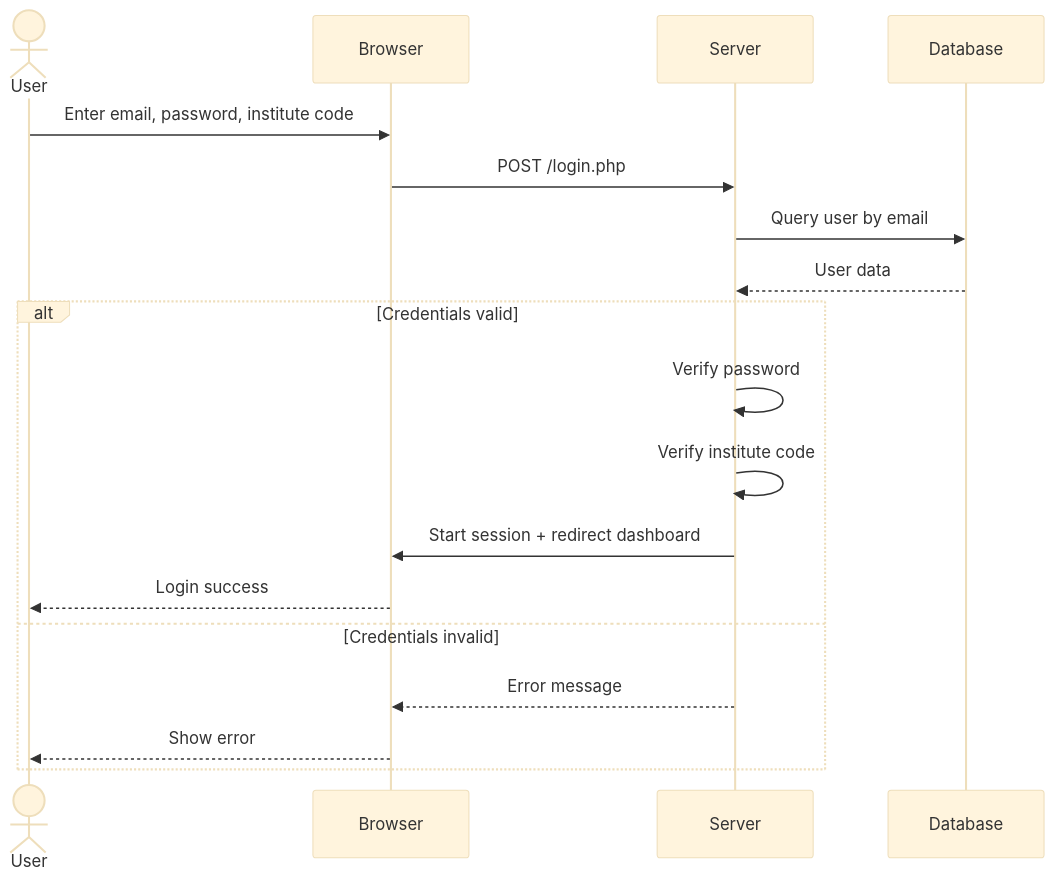
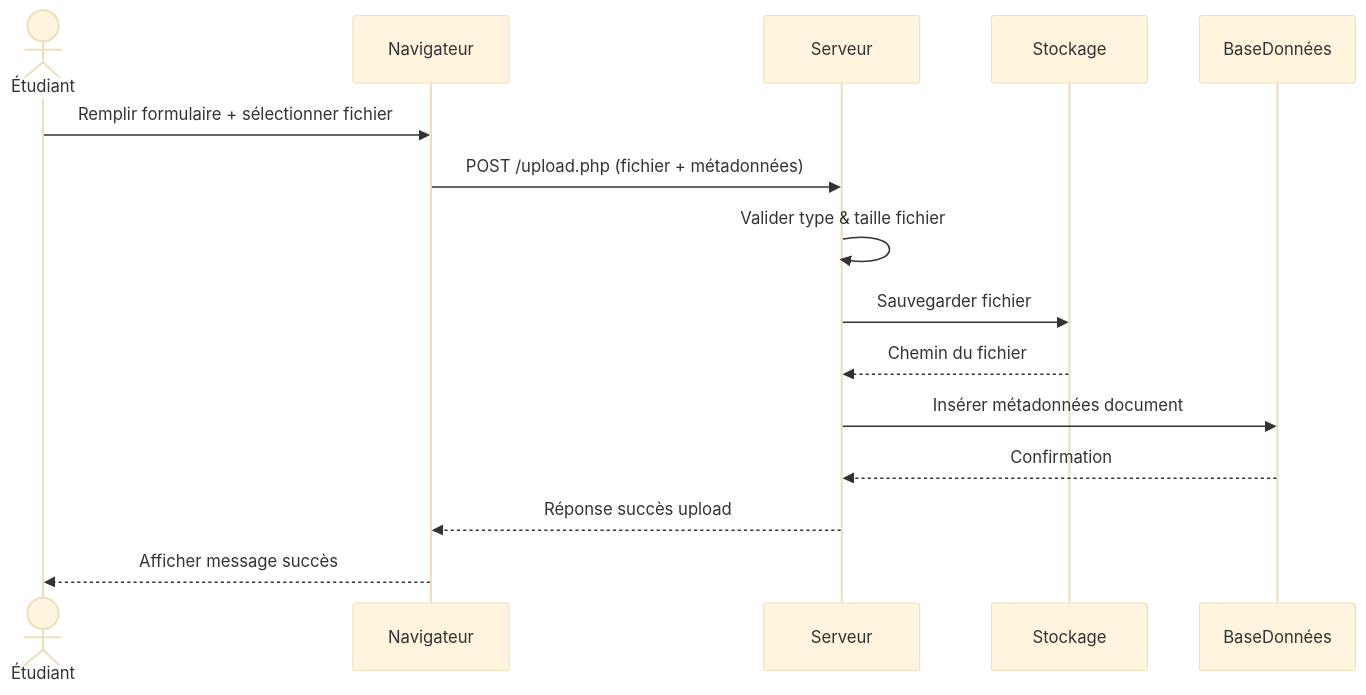
Before and after one commit to quinn618/WebProject: the diagram in conception/loginSeq.md, drawn with Mermaid (base theme). The commit also changed other lines of this file, not shown here.

Commit message:
Update sequence diagram for document upload process

````diff
--- a/conception/loginSeq.md
+++ b/conception/loginSeq.md
@@ -1,24 +3,21 @@
 ```mermaid
 sequenceDiagram
+actor Étudiant
+participant Navigateur
+participant Serveur
+participant Stockage
+participant BaseDonnées
 
-actor User
-participant Browser
-participant Server
-participant Database
+Étudiant->>Navigateur: Remplir formulaire + sélectionner fichier
+Navigateur->>Serveur: POST /upload.php (fichier + métadonnées)
 
-User->>Browser: Enter email, password, institute code
-Browser->>Server: POST /login.php
+Serveur->>Serveur: Valider type & taille fichier
+Serveur->>Stockage: Sauvegarder fichier
+Stockage-->>Serveur: Chemin du fichier
 
-Server->>Database: Query user by email
-Database-->>Server: User data
+Serveur->>BaseDonnées: Insérer métadonnées document
+BaseDonnées-->>Serveur: Confirmation
 
-alt Credentials valid
-    Server->>Server: Verify password
-    Server->>Server: Verify institute code
-    Server->>Browser: Start session + redirect dashboard
-    Browser-->>User: Login success
-else Credentials invalid
-    Server-->>Browser: Error message
-    Browser-->>User: Show error
-end
+Serveur-->>Navigateur: Réponse succès upload
+Navigateur-->>Étudiant: Afficher message succès
 ```
````
